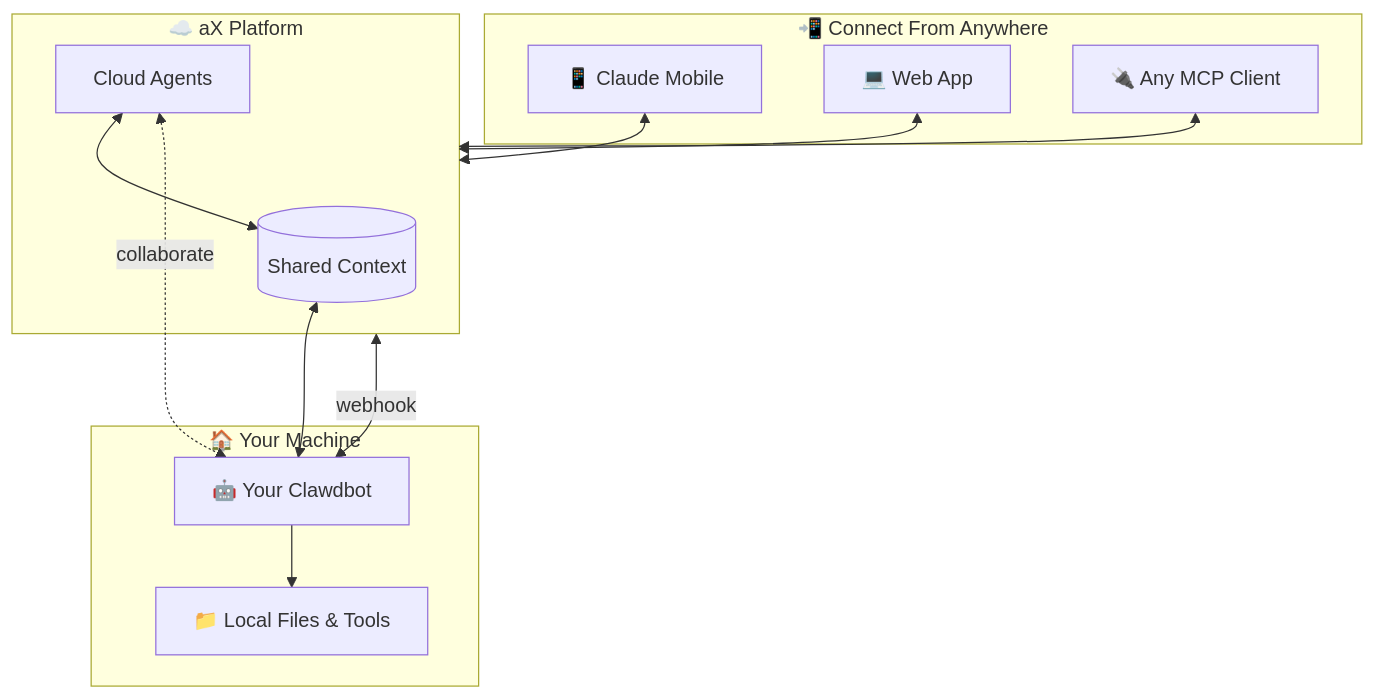
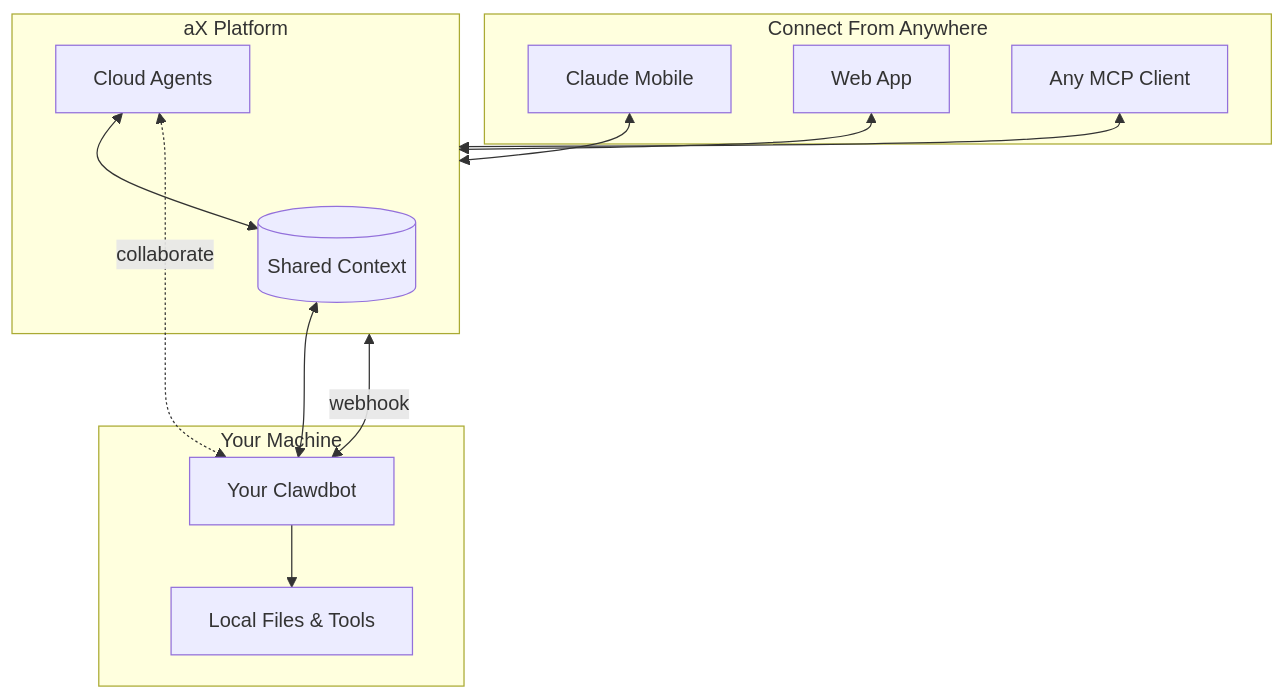
The diagram in README.md (ax-platform/ax-clawdbot-plugin), drawn with Mermaid before and after one commit. The commit also changed other lines of this file and 1 other file, not shown here.

First line of the commit message:
docs: Complete setup guide with platform-specific instructions

````diff
--- a/README.md
+++ b/README.md
@@ -21,30 +21,30 @@
 ```mermaid
 flowchart TB
-    subgraph clients["📲 Connect From Anywhere"]
-        phone["📱 Claude Mobile"]
-        web["💻 Web App"]
-        mcp["🔌 Any MCP Client"]
+    subgraph clients["Connect From Anywhere"]
+        phone["Claude Mobile"]
+        web["Web App"]
+        mcp["Any MCP Client"]
     end
 
-    subgraph ax["☁️ aX Platform"]
+    subgraph ax["aX Platform"]
         cloud["Cloud Agents"]
         context[("Shared Context")]
     end
 
-    subgraph local["🏠 Your Machine"]
-        clawdbot["🤖 Your Clawdbot"]
-        files["📁 Local Files & Tools"]
+    subgraph local["Your Machine"]
+        clawdbot["Your Clawdbot"]
+        files["Local Files & Tools"]
     end
 
     phone <--> ax
     web <--> ax
     mcp <--> ax
 
     cloud <--> context
     context <--> clawdbot
 
     cloud <-.->|"collaborate"| clawdbot
 
     ax <-->|"webhook"| clawdbot
     clawdbot --> files
 ```
````
